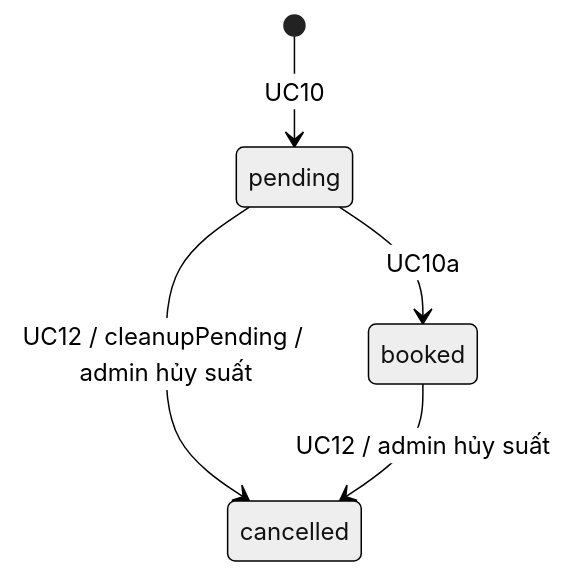
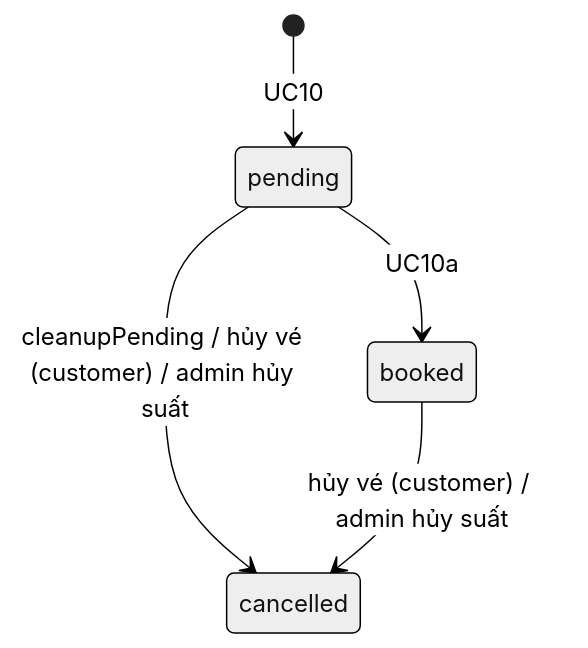
Before and after one commit to Hoangvu2911/SBU5_learnPython: the tenth of 11 diagrams in myproject/SPEC.md, drawn with Mermaid (neutral theme). The commit also changed other lines of this file and 15 other files, not shown here.

````diff
--- a/myproject/SPEC.md
+++ b/myproject/SPEC.md
@@ -478,7 +463,7 @@
 ```mermaid
 stateDiagram-v2
   [*] --> pending : UC10
   pending --> booked : UC10a
-  pending --> cancelled : UC12 / cleanupPending / admin hủy suất
-  booked --> cancelled : UC12 / admin hủy suất
+  pending --> cancelled : cleanupPending / hủy vé (customer) / admin hủy suất
+  booked --> cancelled : hủy vé (customer) / admin hủy suất
 ```
````
